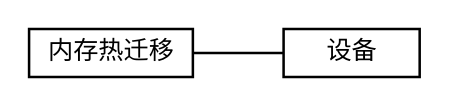
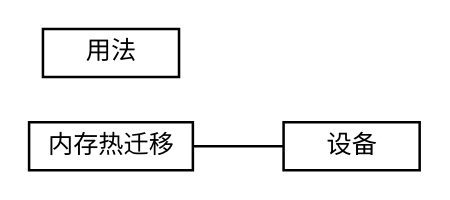
Before and after one commit to sisyphus1212/note: the diagram in 虚拟化/热迁移/1-内存热迁移.md, drawn with Graphviz.

Commit message:
auto_update

````diff
--- a/虚拟化/热迁移/1-内存热迁移.md
+++ b/虚拟化/热迁移/1-内存热迁移.md
@@ -11,14 +11,15 @@
 ```graphviz
 digraph 热迁移 {
 fontname="Helvetica,Arial,sans-serif"
 node [fontname="Helvetica,Arial,sans-serif"]
 edge [fontname="Helvetica,Arial,sans-serif"]
 rankdir="LR"
 node [fontsize=10, shape=box, height=0.25]
 edge [fontsize=10]
 内存热迁移 [label="内存热迁移"]
+用法 [label="用法"]
 设备 [label="设备"]
 内存热迁移 -> 设备 [arrowhead=none]
 
 }
 ```
````
